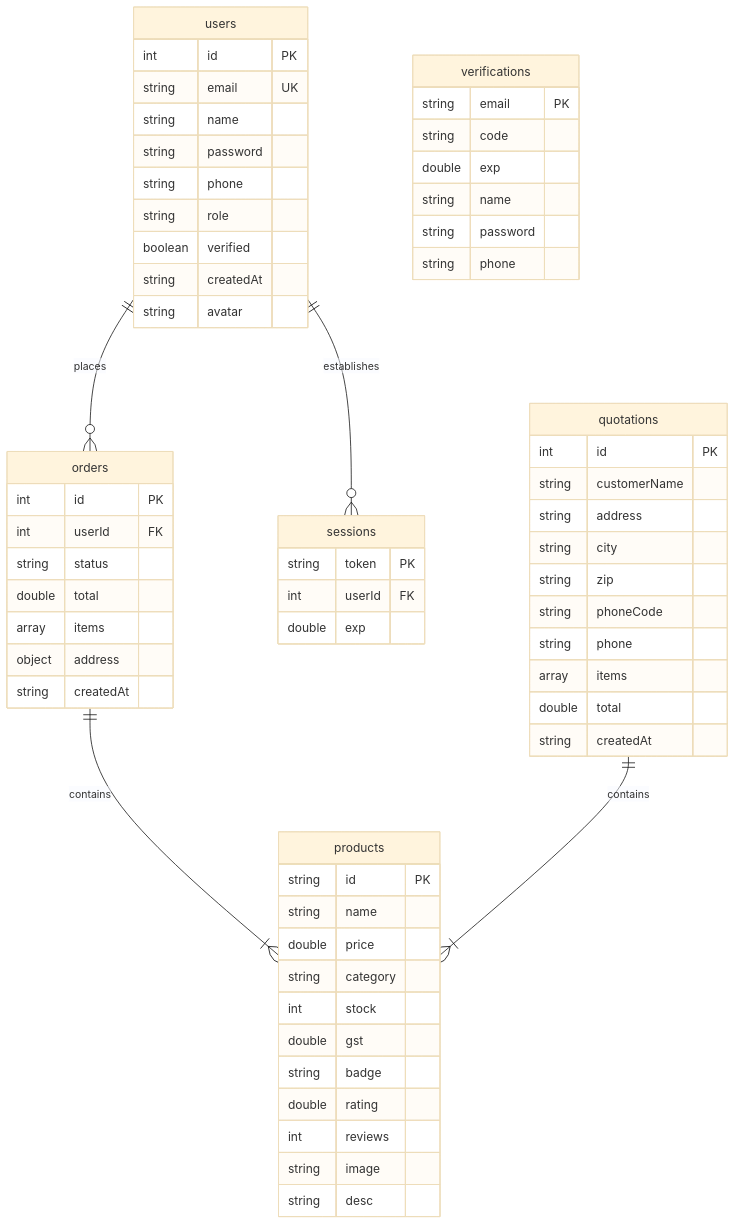
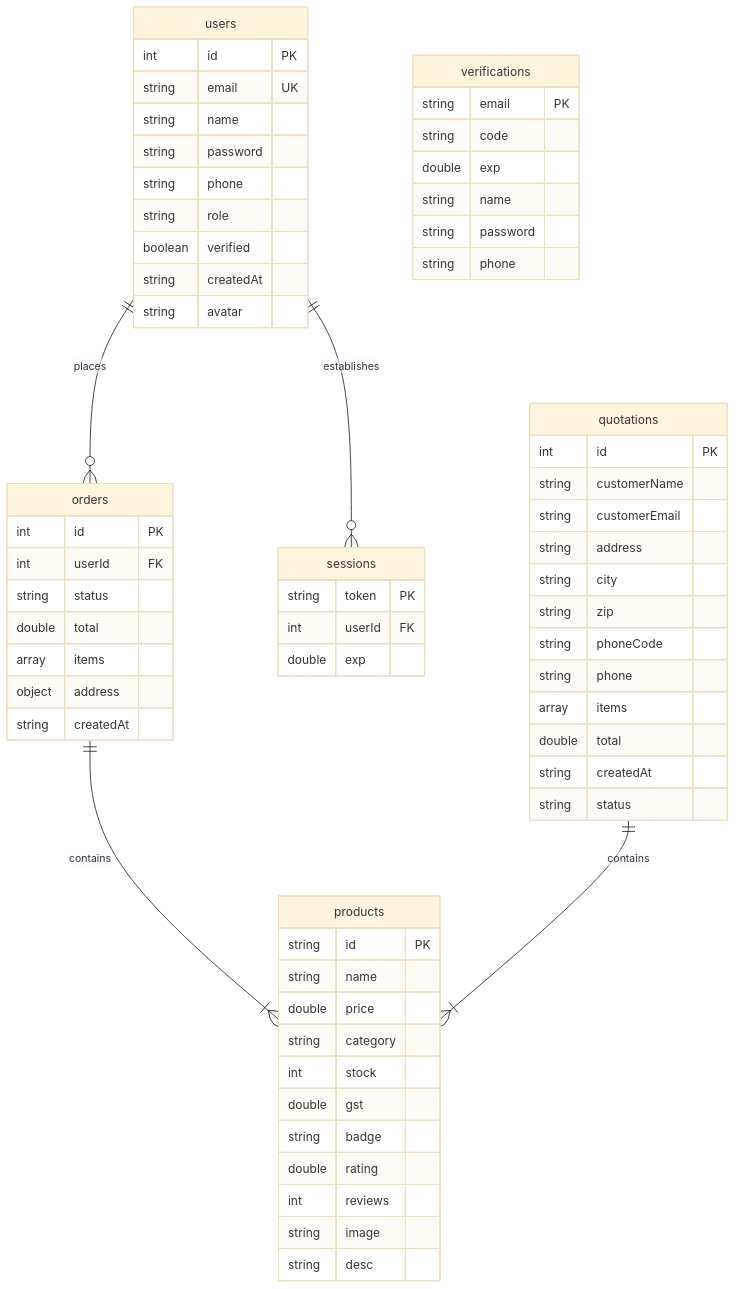
Before and after one commit to Pithis/MASTER-MINDS-: the diagram in README.md, drawn with Mermaid (base theme). The commit also changed other lines of this file and 10 other files, not shown here.

````diff
--- a/README.md
+++ b/README.md
@@ -77,66 +83,68 @@
 ```mermaid
 erDiagram
     users {
         int id PK
         string email UK
         string name
         string password
         string phone
         string role
         boolean verified
         string createdAt
         string avatar
     }
     orders {
         int id PK
         int userId FK
         string status
         double total
         array items
         object address
         string createdAt
     }
     products {
         string id PK
         string name
         double price
         string category
         int stock
         double gst
         string badge
         double rating
         int reviews
         string image
         string desc
     }
     verifications {
         string email PK
         string code
         double exp
         string name
         string password
         string phone
     }
     sessions {
         string token PK
         int userId FK
         double exp
     }
     quotations {
         int id PK
         string customerName
+        string customerEmail
         string address
         string city
         string zip
         string phoneCode
         string phone
         array items
         double total
         string createdAt
+        string status
     }
 
     users ||--o{ orders : "places"
     users ||--o{ sessions : "establishes"
     orders ||--|{ products : "contains"
     quotations ||--|{ products : "contains"
 ```
````
